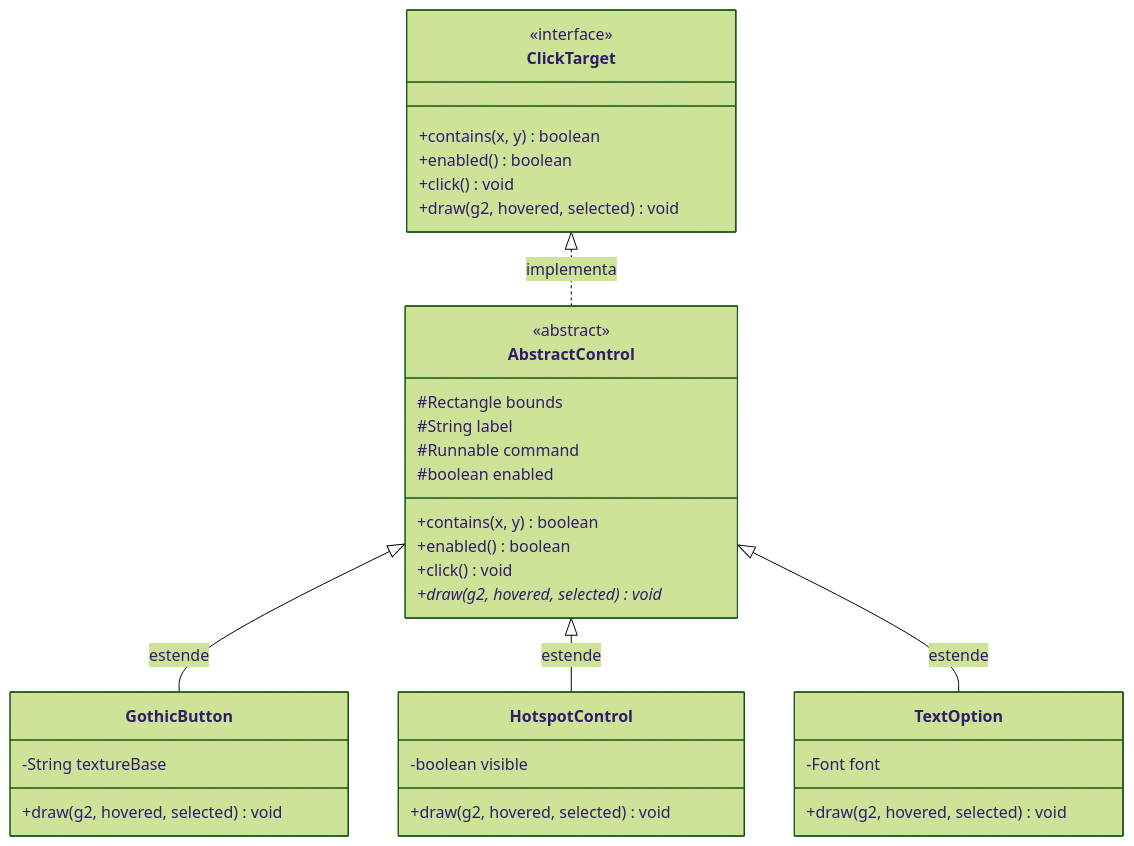
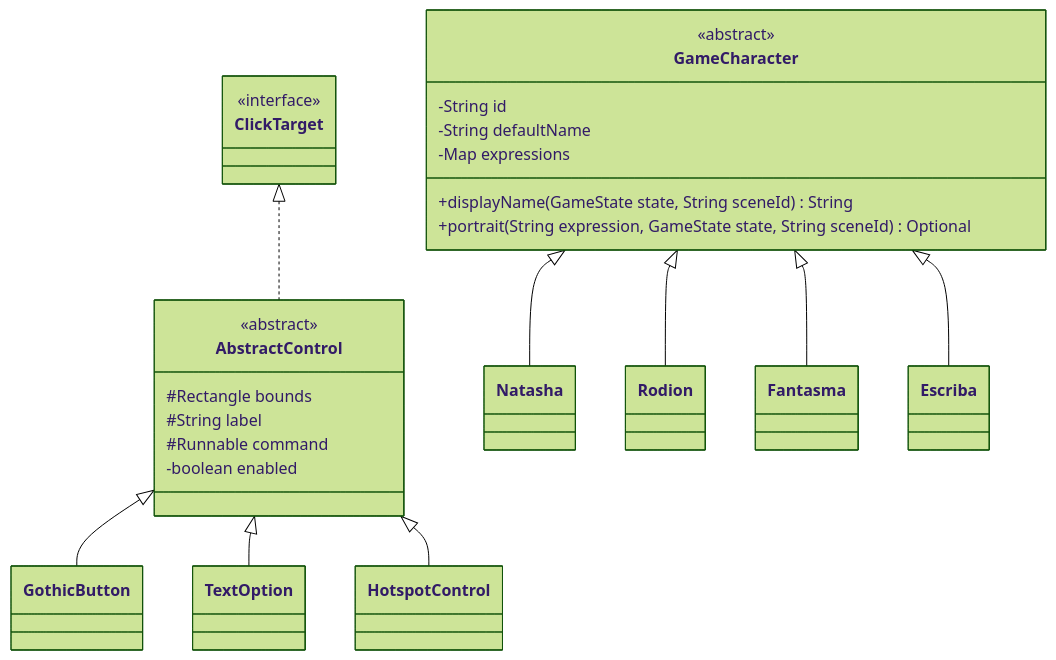
The diagram in docs/relatorio-academico-poo.md (FelipeNRamalho/a-biblioteca-das-almas-java), drawn with Mermaid (forest theme) before and after one commit. The commit also changed other lines of this file and 9 other files, not shown here.

````diff
--- a/docs/relatorio-academico-poo.md
+++ b/docs/relatorio-academico-poo.md
@@ -171,38 +77,29 @@
 ```mermaid
 classDiagram
     class ClickTarget {
         <<interface>>
-        +contains(x, y) boolean
-        +enabled() boolean
-        +click() void
-        +draw(g2, hovered, selected) void
     }
     class AbstractControl {
         <<abstract>>
         #Rectangle bounds
         #String label
         #Runnable command
-        #boolean enabled
-        +contains(x, y) boolean
-        +enabled() boolean
-        +click() void
-        +draw(g2, hovered, selected)* void
+        -boolean enabled
     }
-    class GothicButton {
-        -String textureBase
-        +draw(g2, hovered, selected) void
+    ClickTarget <|.. AbstractControl
+    AbstractControl <|-- GothicButton
+    AbstractControl <|-- TextOption
+    AbstractControl <|-- HotspotControl
+    class GameCharacter {
+        <<abstract>>
+        -String id
+        -String defaultName
+        -Map expressions
+        +displayName(GameState state, String sceneId) String
+        +portrait(String expression, GameState state, String sceneId) Optional
     }
-    class HotspotControl {
-        -boolean visible
-        +draw(g2, hovered, selected) void
-    }
-    class TextOption {
-        -Font font
-        +draw(g2, hovered, selected) void
-    }
-
-    ClickTarget <|.. AbstractControl : implementa
-    AbstractControl <|-- GothicButton : estende
-    AbstractControl <|-- HotspotControl : estende
-    AbstractControl <|-- TextOption : estende
+    GameCharacter <|-- Natasha
+    GameCharacter <|-- Rodion
+    GameCharacter <|-- Fantasma
+    GameCharacter <|-- Escriba
 ```
````
